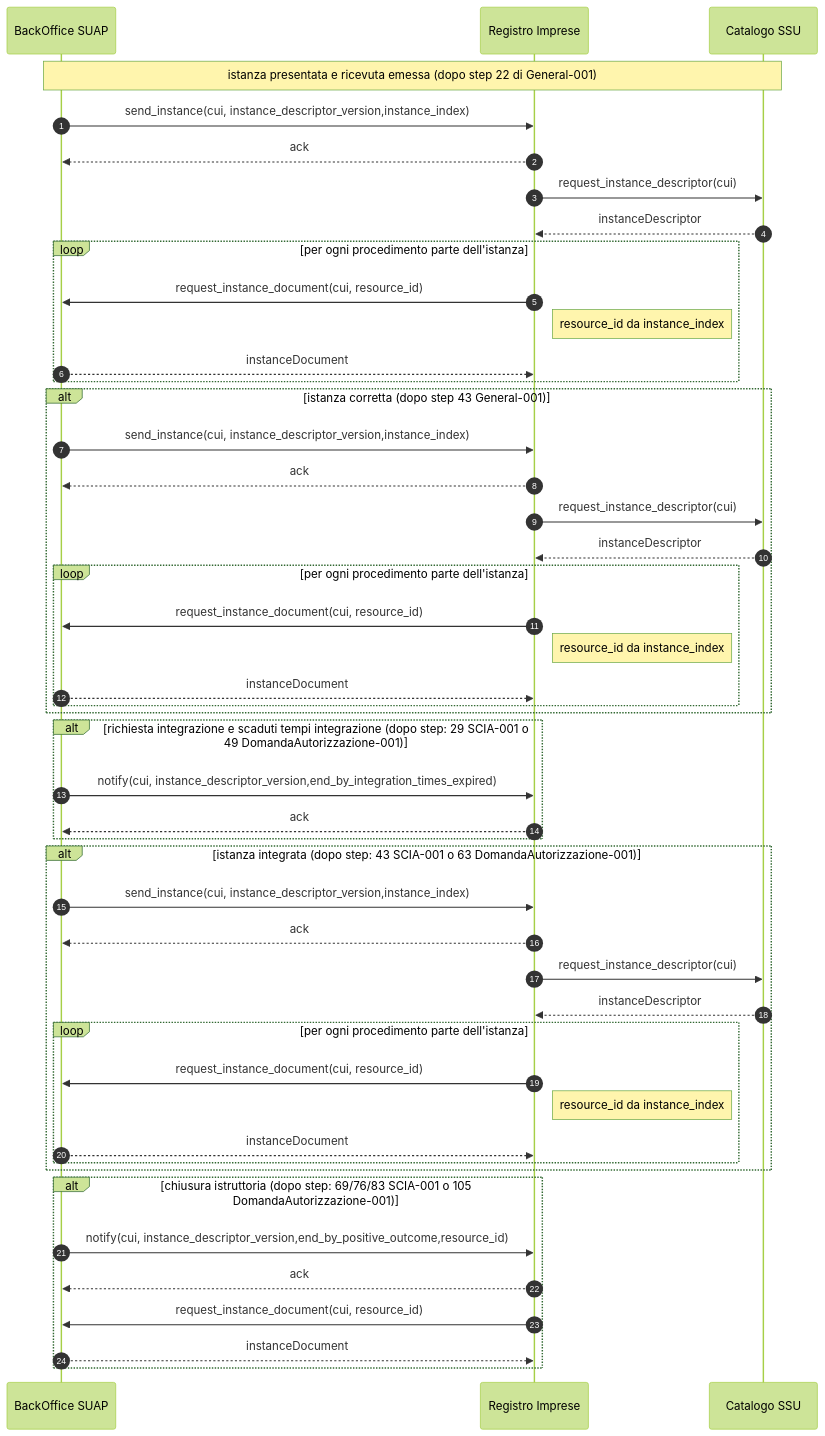
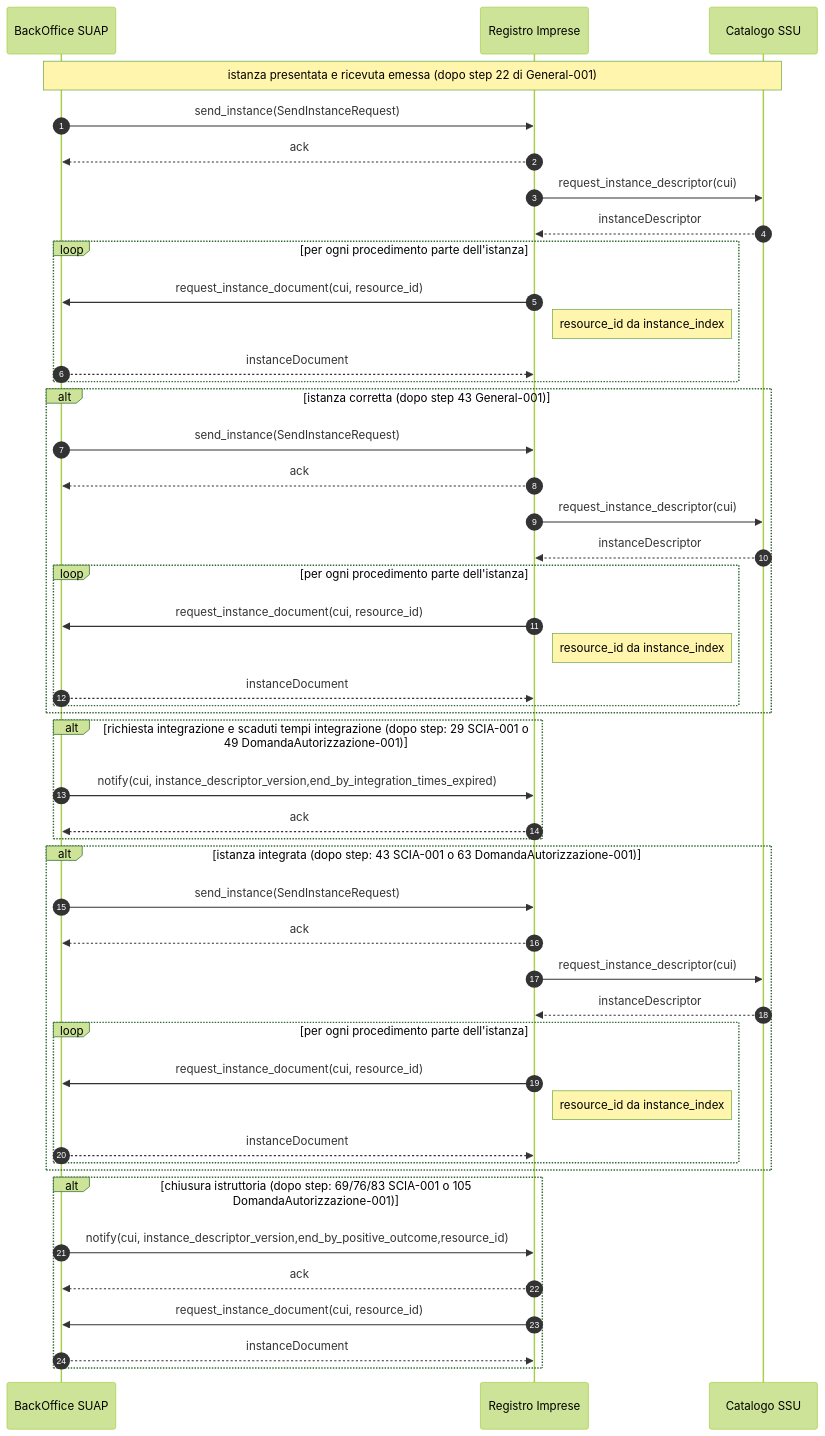
One commit to AgID/specifiche-tecniche-DPR-160-2010 changed the diagram in sequence-diagram/RI_InformationDebit-001.mermaid. Above: the diagram before and after it, drawn with Mermaid (forest theme).

Commit message:
Update RI_InformationDebit-001.mermaid
Modifica parametro chiamata post /send_instance

```diff
--- a/sequence-diagram/RI_InformationDebit-001.mermaid
+++ b/sequence-diagram/RI_InformationDebit-001.mermaid
@@ -1,74 +1,74 @@
 sequenceDiagram
     autonumber
     
     participant B as BackOffice SUAP  
     participant RI as Registro Imprese   
     participant C as Catalogo SSU  
 
    
    
     Note over B,C: istanza presentata e ricevuta emessa (dopo step 22 di General-001)
     
 
-    B ->> RI: send_instance(cui, instance_descriptor_version,instance_index)
+    B ->> RI: send_instance(SendInstanceRequest)
     RI -->> B: ack
     
     RI ->> C: request_instance_descriptor(cui)
 	C -->> RI: instanceDescriptor
     
     loop per ogni procedimento parte dell'istanza
         RI ->> B:  request_instance_document(cui, resource_id)
         note right of RI: resource_id da instance_index
         B -->> RI: instanceDocument
     end
     
 
     alt istanza corretta (dopo step 43 General-001)
 
-        B ->> RI: send_instance(cui, instance_descriptor_version,instance_index)
+        B ->> RI: send_instance(SendInstanceRequest)
         RI -->> B: ack
     
         RI ->> C: request_instance_descriptor(cui)
         C -->> RI: instanceDescriptor
         
         loop per ogni procedimento parte dell'istanza
             RI ->> B:  request_instance_document(cui, resource_id)
             note right of RI: resource_id da instance_index
             B -->> RI: instanceDocument
         end
 
 
 
     end
 
     alt richiesta integrazione e scaduti tempi integrazione (dopo step: 29 SCIA-001 o 49 DomandaAutorizzazione-001)
         B ->> RI: notify(cui, instance_descriptor_version,end_by_integration_times_expired)
         RI -->> B: ack
     end
 
     alt istanza integrata (dopo step: 43 SCIA-001 o 63 DomandaAutorizzazione-001)
 
-        B ->> RI: send_instance(cui, instance_descriptor_version,instance_index)
+        B ->> RI: send_instance(SendInstanceRequest)
         RI -->> B: ack
     
         RI ->> C: request_instance_descriptor(cui)
         C -->> RI: instanceDescriptor
         
         loop per ogni procedimento parte dell'istanza
             RI ->> B:  request_instance_document(cui, resource_id)
             note right of RI: resource_id da instance_index
             B -->> RI: instanceDocument
         end
 
 
     end
     
     alt chiusura istruttoria (dopo step: 69/76/83 SCIA-001 o 105 DomandaAutorizzazione-001)
 
         B ->> RI: notify(cui, instance_descriptor_version,end_by_positive_outcome,resource_id)
         RI -->> B: ack
     
         RI ->> B: request_instance_document(cui, resource_id)
         B -->> RI: instanceDocument
 
     end
```
